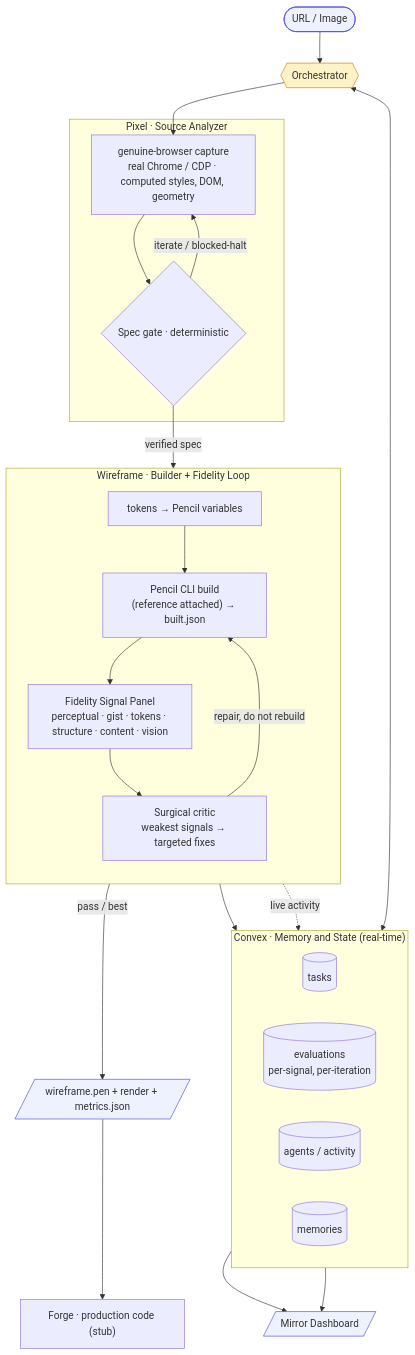
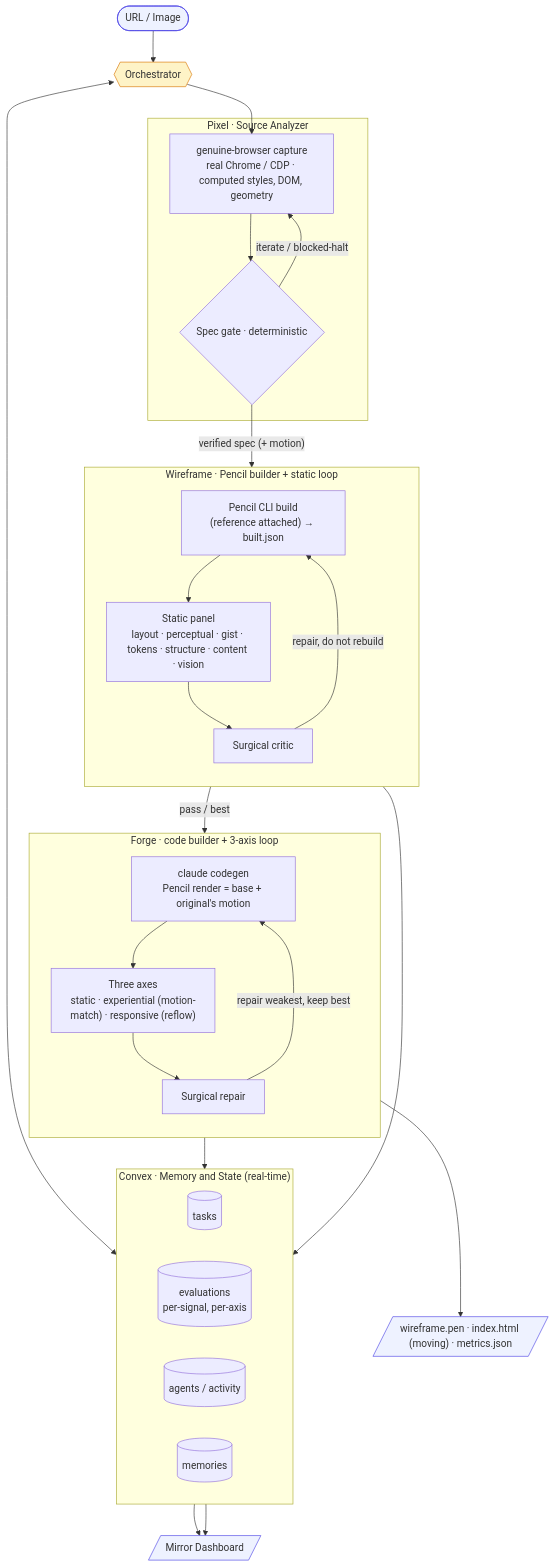
One commit to 0xtigerclaw/war_loops changed the diagram in README.md. Above: the diagram before and after it, drawn with Mermaid. The commit also changed other lines of this file and 1 other file, not shown here.

First line of the commit message:
docs: update README architecture to the three-axis system + benchmark surfaces axes

````diff
--- a/README.md
+++ b/README.md
@@ -15,47 +17,54 @@
 ```mermaid
 flowchart TB
     SRC(["URL / Image"]):::io
     ORCH{{"Orchestrator"}}:::orch
 
     subgraph S1["Pixel · Source Analyzer"]
       EX["genuine-browser capture<br/>real Chrome / CDP · computed styles, DOM, geometry"]
       SE{"Spec gate · deterministic"}
       EX --> SE
       SE -->|"iterate / blocked-halt"| EX
     end
 
-    subgraph S2["Wireframe · Builder + Fidelity Loop"]
+    subgraph S2["Wireframe · Pencil builder + static loop"]
       direction TB
-      VARS["tokens → Pencil variables"]
       BUILD["Pencil CLI build<br/>(reference attached) → built.json"]
-      PANEL["Fidelity Signal Panel<br/>perceptual · gist · tokens · structure · content · vision"]
-      CRITIC["Surgical critic<br/>weakest signals → targeted fixes"]
-      VARS --> BUILD --> PANEL --> CRITIC
+      PANEL["Static panel<br/>layout · perceptual · gist · tokens · structure · content · vision"]
+      CRITIC["Surgical critic"]
+      BUILD --> PANEL --> CRITIC
       CRITIC -->|"repair, do not rebuild"| BUILD
     end
 
-    FORGE["Forge · production code (stub)"]
-    OUT[/"wireframe.pen + render + metrics.json"/]:::io
+    subgraph S3["Forge · code builder + 3-axis loop"]
+      direction TB
+      GEN["claude codegen<br/>Pencil render = base + original's motion"]
+      AX["Three axes<br/>static · experiential (motion-match) · responsive (reflow)"]
+      CR2["Surgical repair"]
+      GEN --> AX --> CR2
+      CR2 -->|"repair weakest, keep best"| GEN
+    end
+
+    OUT[/"wireframe.pen · index.html (moving) · metrics.json"/]:::io
 
     SRC --> ORCH
     ORCH --> EX
-    SE -->|"verified spec"| VARS
-    PANEL -->|"pass / best"| OUT
-    OUT --> FORGE
+    SE -->|"verified spec (+ motion)"| BUILD
+    PANEL -->|"pass / best"| GEN
+    AX --> OUT
 
     subgraph CVX["Convex · Memory and State (real-time)"]
       direction LR
       T[("tasks")]
-      EV[("evaluations<br/>per-signal, per-iteration")]
+      EV[("evaluations<br/>per-signal, per-axis")]
       AC[("agents / activity")]
       MEM[("memories")]
     end
     ORCH <--> T
     PANEL --> EV
-    S2 -.->|"live activity"| AC
+    AX --> EV
     EV --> UI[/"Mirror Dashboard"/]:::io
     AC --> UI
 
     classDef io fill:#eef2ff,stroke:#4f46e5;
     classDef orch fill:#fef3c7,stroke:#d97706;
 ```
````
